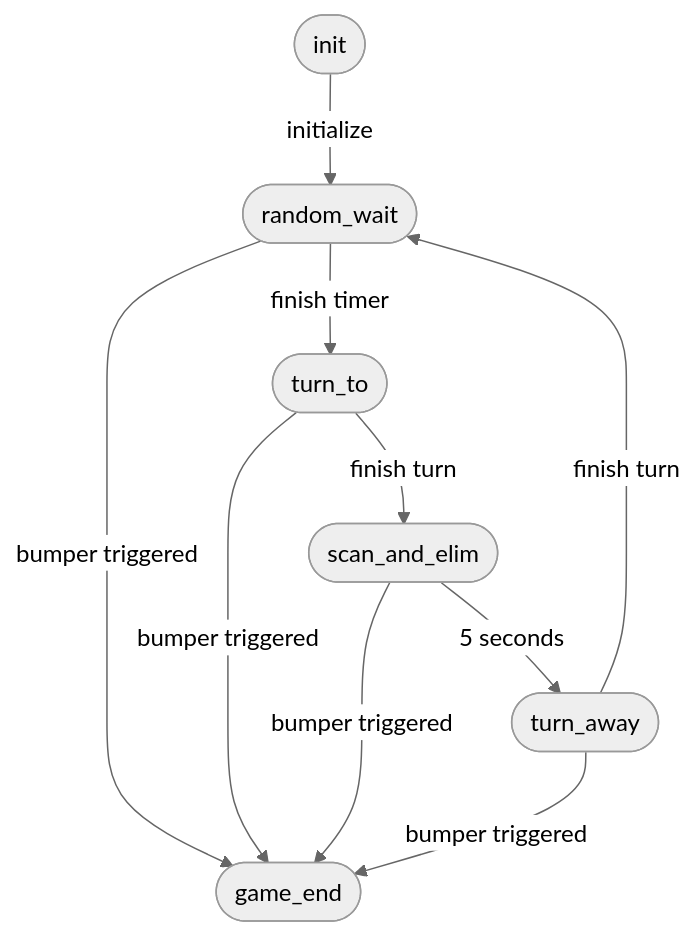
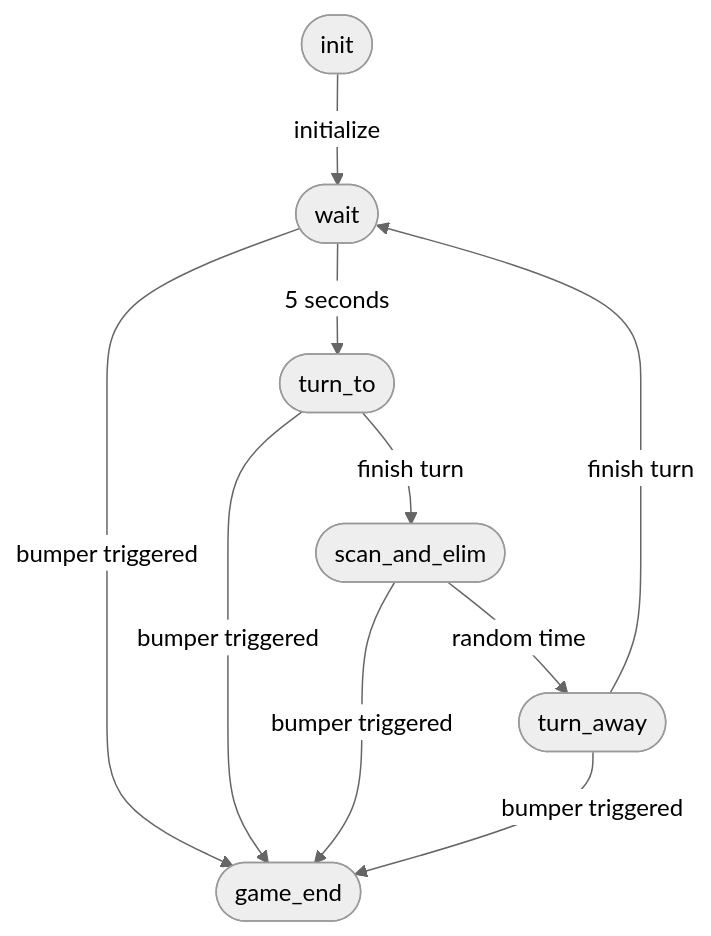
Before and after one commit to dokyun-kim4/neato-game: the first of 2 diagrams in README.md, drawn with Mermaid (neutral theme). The commit also changed other lines of this file and 2 other files, not shown here.

````diff
--- a/README.md
+++ b/README.md
@@ -135,20 +139,20 @@
 ```mermaid
 graph TD;
   F([init])
-  A([random_wait])
+  A([wait])
   B([turn_to])
   C([scan_and_elim])
   D([turn_away])
   E([game_end])
 
   F -->|initialize| A
-  A -->|finish timer| B
+  A -->|5 seconds| B
   B -->|finish turn| C
-  C -->|5 seconds| D
+  C -->|random time| D
   D -->|finish turn| A
 
   A-->|bumper triggered| E
   B-->|bumper triggered| E
   C-->|bumper triggered| E
   D-->|bumper triggered| E
 ```
````
